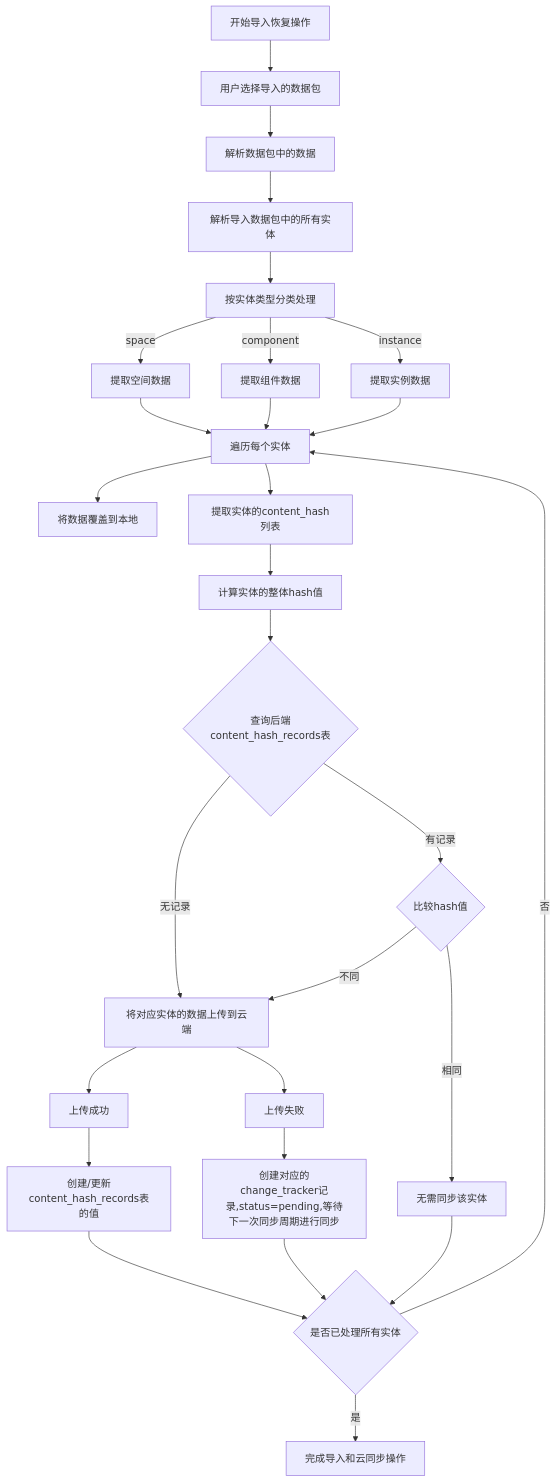
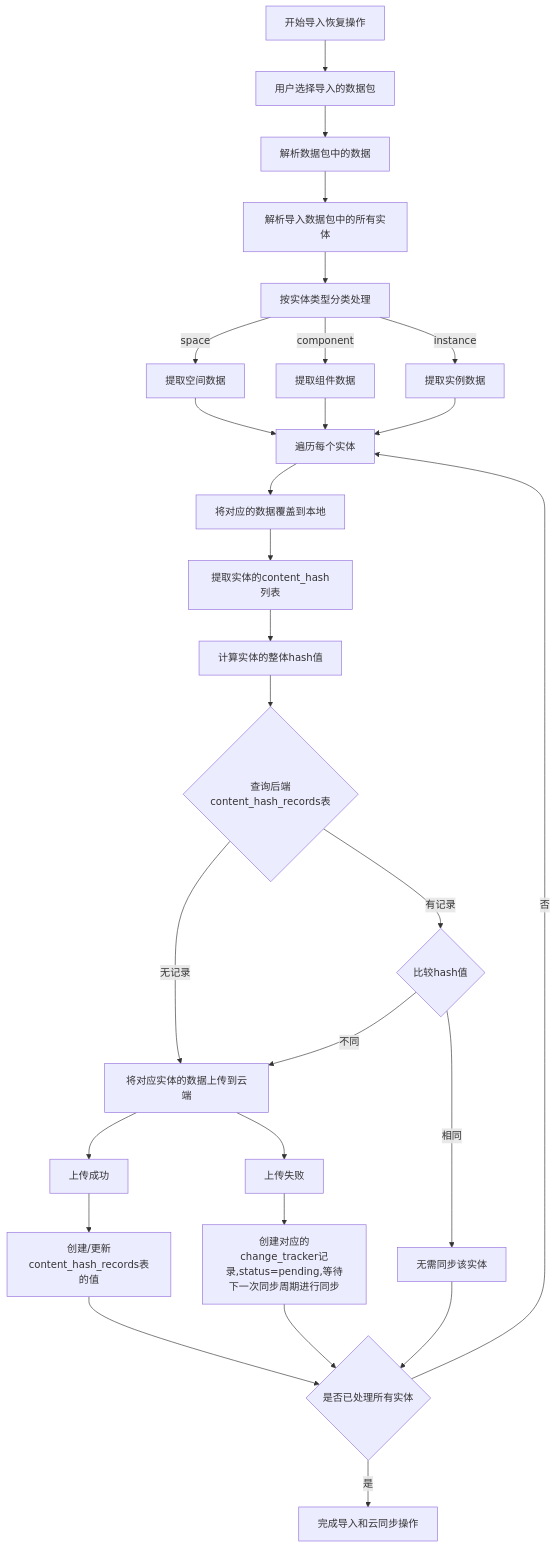
One commit to yingjianzh/iodraw-files changed the diagram in all/未命名-45.md. Above: the diagram before and after it, drawn with Mermaid.

Commit message:
2025-04-27 18:02:29 update

````diff
--- a/all/未命名-45.md
+++ b/all/未命名-45.md
@@ -1,44 +1,44 @@
 ```mermaid
 
 flowchart TD
     A[开始导入恢复操作] --> B[用户选择导入的数据包]
     B --> C[解析数据包中的数据]
     
     C --> D[解析导入数据包中的所有实体]
     D --> G[按实体类型分类处理]
     
     G -->|space| H1[提取空间数据]
     G -->|component| H2[提取组件数据]
     G -->|instance| H3[提取实例数据]
     
     H1 --> I[遍历每个实体]
     H2 --> I
     H3 --> I
     
-    I --> Save[将数据覆盖到本地]
-    I --> J[提取实体的content_hash列表]
+    I --> Save[将对应的数据覆盖到本地]
+    Save --> J[提取实体的content_hash列表]
     J --> K[计算实体的整体hash值]
     
     K --> L{查询后端content_hash_records表}
     L -->|无记录| M1[将对应实体的数据上传到云端]
     M1 --> N1[上传成功]
     M1 --> N2[上传失败]
     
     N2 --> N3[创建对应的change_tracker记录,status=pending,等待下一次同步周期进行同步]
     N3 --> S
     N1 --> M4[创建/更新content_hash_records表的值]
 
 
     L -->|有记录| M2{比较hash值}
     M2 -->|不同| M1
 
     M2 -->|相同| M3[无需同步该实体]
     
     
     M3 --> S{是否已处理所有实体}
     M4 --> S{是否已处理所有实体}
     
     S -->|否| I
     S -->|是| T[完成导入和云同步操作]
 
 ```
````
